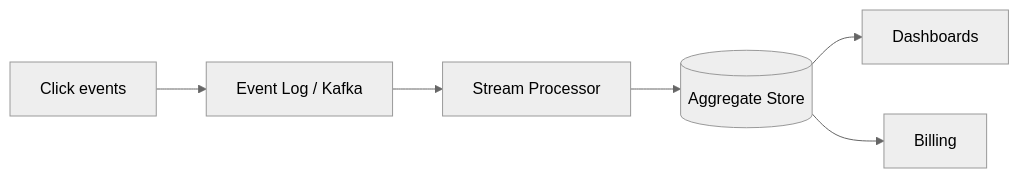
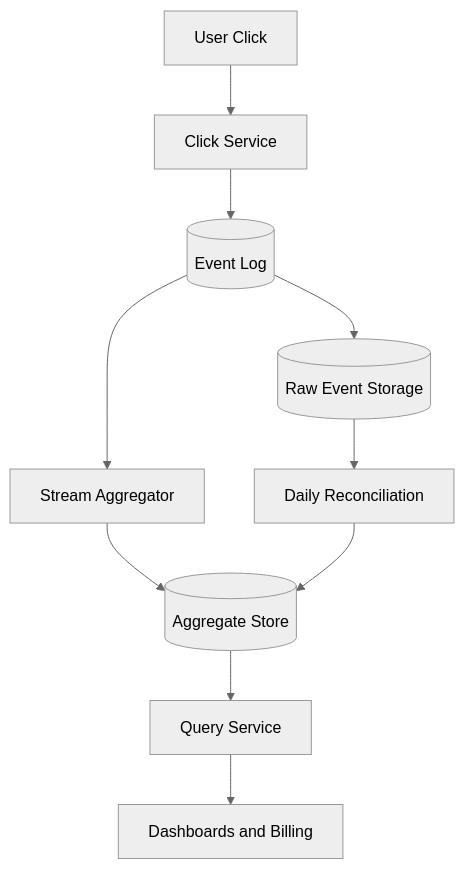
Before and after one commit to design-gurus/grokking-system-design: the first of 2 diagrams in questions/design-ad-click-aggregator.md, drawn with Mermaid (neutral theme). The commit also changed other lines of this file and 19 other files, not shown here.

````diff
--- a/questions/design-ad-click-aggregator.md
+++ b/questions/design-ad-click-aggregator.md
@@ -21,8 +78,12 @@
 ```mermaid
-flowchart LR
-    Clicks[Click events] --> Log[Event Log / Kafka]
-    Log --> SP[Stream Processor]
-    SP --> Store[(Aggregate Store)]
-    Store --> Dash[Dashboards]
-    Store --> Bill[Billing]
+flowchart TD
+    User[User Click] --> Click[Click Service]
+    Click --> Log[(Event Log)]
+    Log --> Stream[Stream Aggregator]
+    Log --> Raw[(Raw Event Storage)]
+    Stream --> Agg[(Aggregate Store)]
+    Raw --> Batch[Daily Reconciliation]
+    Batch --> Agg
+    Agg --> Query[Query Service]
+    Query --> Dash[Dashboards and Billing]
 ```
````
